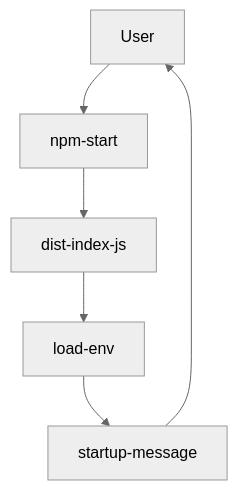
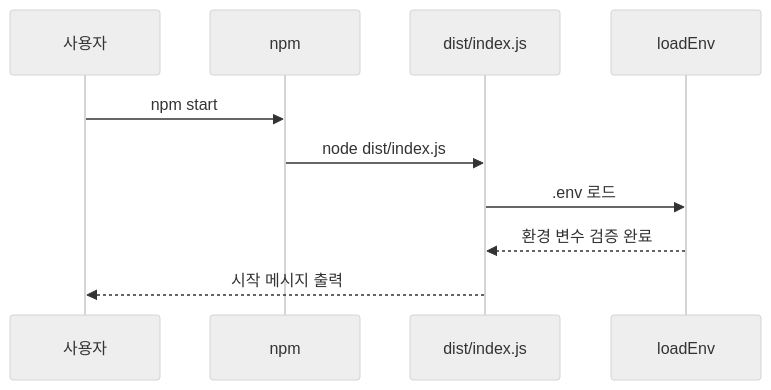
The first of 8 diagrams in 프로그램 흐름도.md (pandol69kim-bot/gitautopipe), drawn with Mermaid (neutral theme) before and after one commit. The commit also changed other lines of this file and 5 other files, not shown here.

Commit message:
feat: Add new diagrams and update existing documentation for improved clarity and Mermaid compatibility

````diff
--- a/프로그램 흐름도.md
+++ b/프로그램 흐름도.md
@@ -10,13 +8,13 @@
 ```mermaid
-graph TD
-User[User]
-NPM[npm-start]
-Main[dist-index-js]
-Env[load-env]
-Message[startup-message]
-User --> NPM
-NPM --> Main
-Main --> Env
-Env --> Message
-Message --> User
+sequenceDiagram
+  participant User as 사용자
+  participant NPM as npm
+  participant Main as dist/index.js
+  participant Env as loadEnv
+
+  User->>NPM: npm start
+  NPM->>Main: node dist/index.js
+  Main->>Env: .env 로드
+  Env-->>Main: 환경 변수 검증 완료
+  Main-->>User: 시작 메시지 출력
 ```
````
